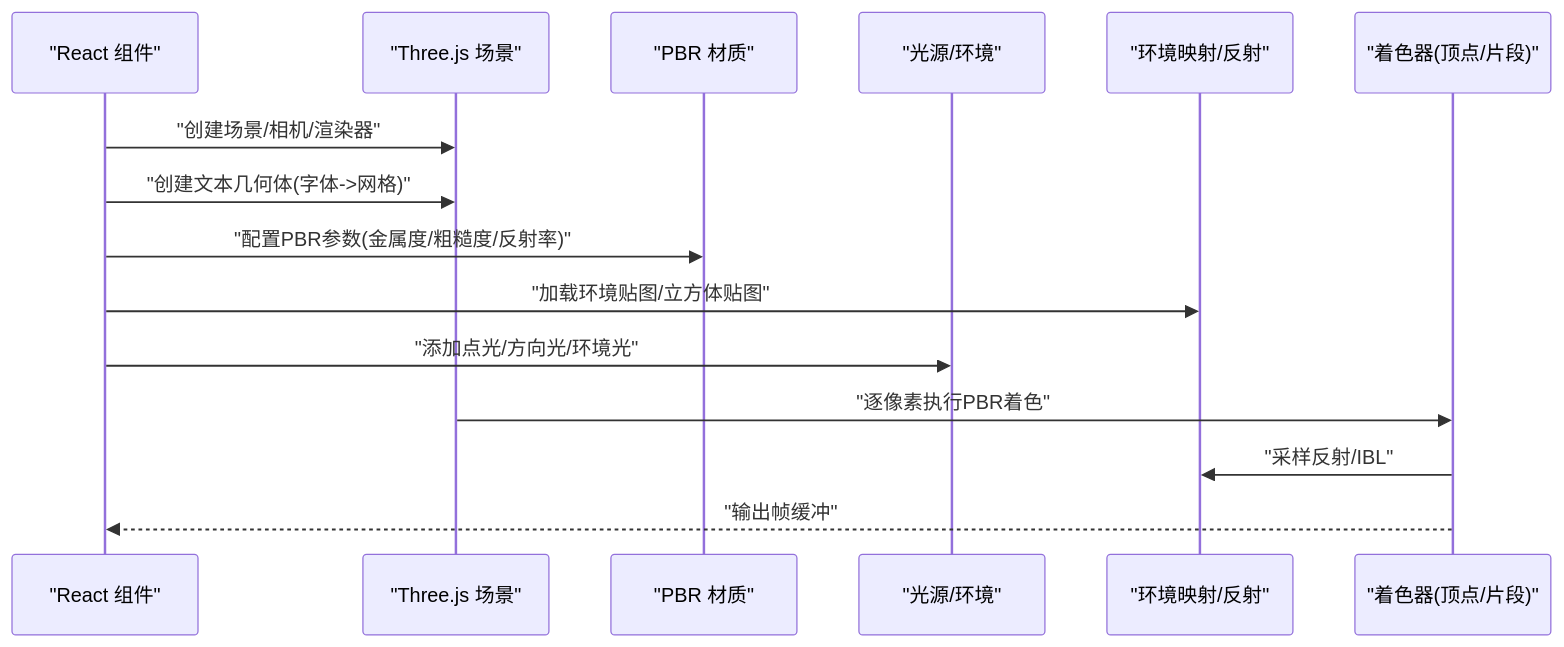
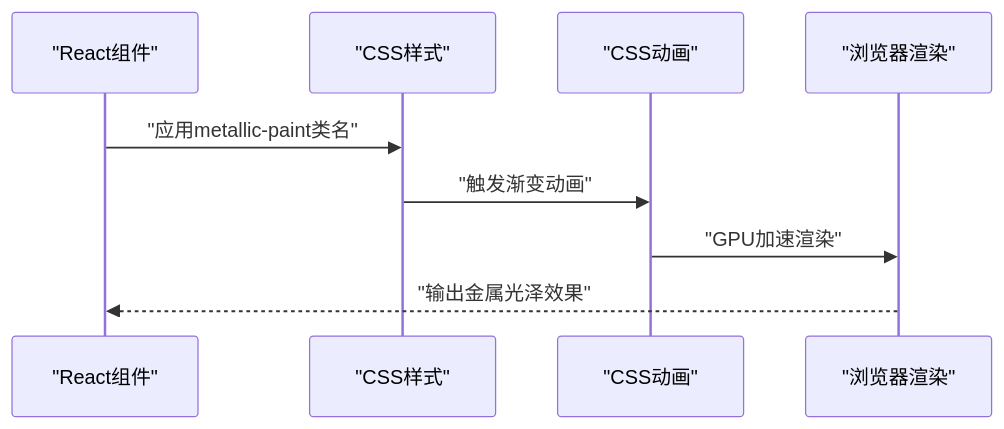
One commit to lithos666/lithos666.github.io changed the second of 3 diagrams in .qoder/repowiki/zh/content/3D渲染系统/着色器与材质/金属文本材质.md. Above: the diagram before and after it, drawn with Mermaid. The commit also changed other lines of this file and 51 other files, not shown here.

````diff
--- a/.qoder/repowiki/zh/content/3D渲染系统/着色器与材质/金属文本材质.md
+++ b/.qoder/repowiki/zh/content/3D渲染系统/着色器与材质/金属文本材质.md
@@ -60,17 +71,11 @@
 ```mermaid
 sequenceDiagram
-participant R as "React 组件"
-participant T as "Three.js 场景"
-participant M as "PBR 材质"
-participant L as "光源/环境"
-participant E as "环境映射/反射"
-participant S as "着色器(顶点/片段)"
-R->>T : "创建场景/相机/渲染器"
-R->>T : "创建文本几何体(字体->网格)"
-R->>M : "配置PBR参数(金属度/粗糙度/反射率)"
-R->>E : "加载环境贴图/立方体贴图"
-R->>L : "添加点光/方向光/环境光"
-T->>S : "逐像素执行PBR着色"
-S->>E : "采样反射/IBL"
-S-->>R : "输出帧缓冲"
+participant R as "React组件"
+participant C as "CSS样式"
+participant A as "CSS动画"
+participant B as "浏览器渲染"
+R->>C : "应用metallic-paint类名"
+C->>A : "触发渐变动画"
+A->>B : "GPU加速渲染"
+B-->>R : "输出金属光泽效果"
 ```
````
